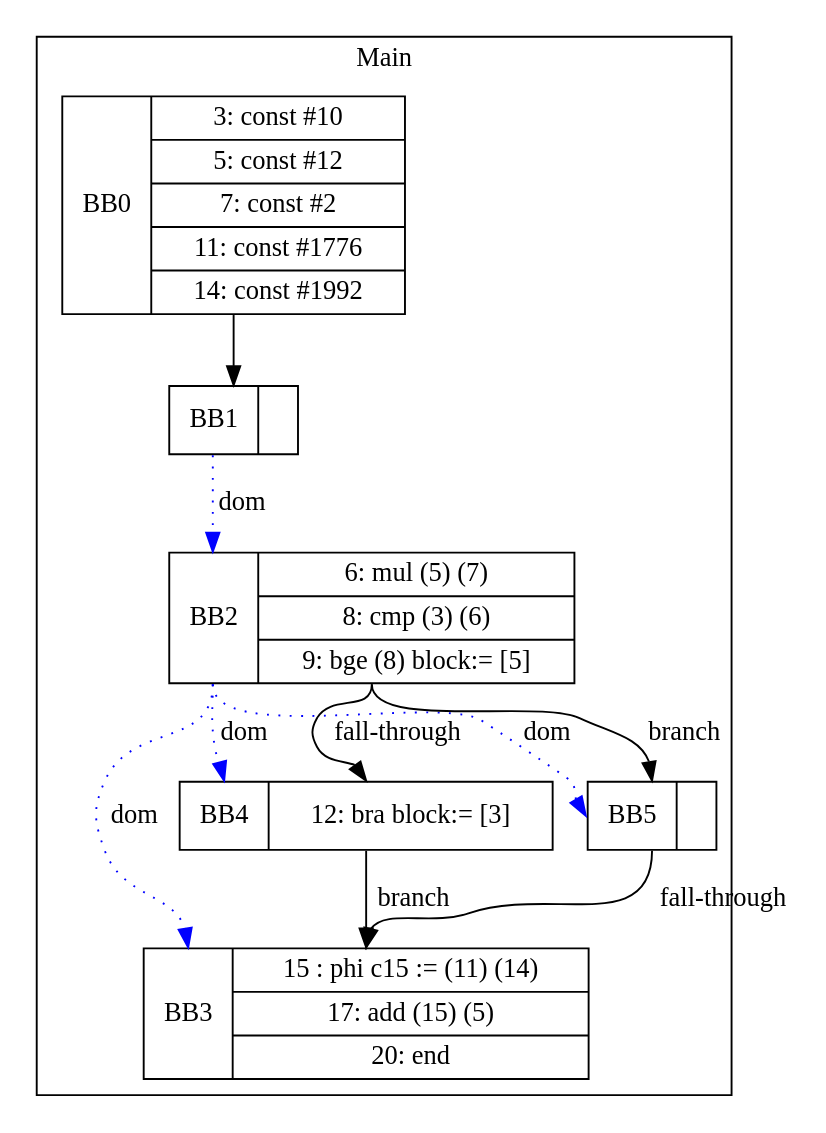
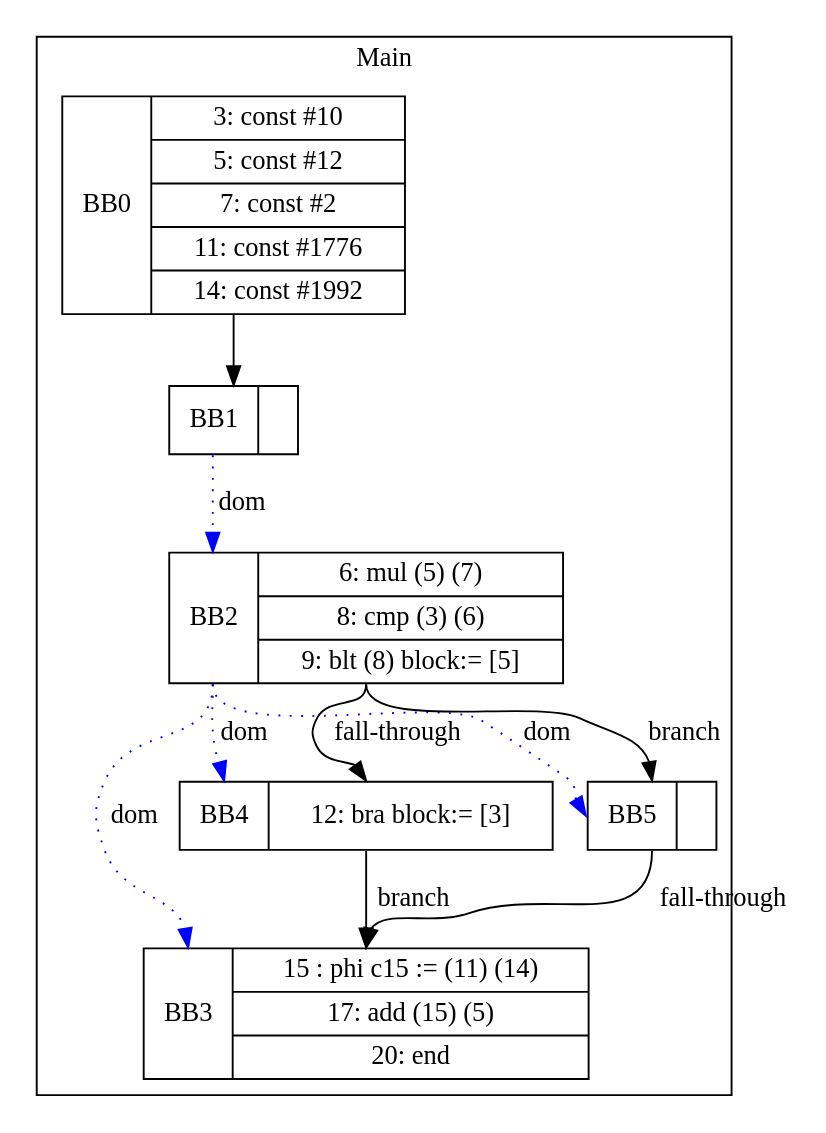
Before and after one commit to zjc664656505/UCI-CS241-Advanced-Compiler-main: the diagram in visualization/jmcgowa/If_Else.gv, drawn with Graphviz. The commit also changed 46 other files, not shown here.

```diff
--- a/visualization/jmcgowa/If_Else.gv
+++ b/visualization/jmcgowa/If_Else.gv
@@ -1,21 +1,21 @@
 digraph G {
 node [shape=record];
 subgraph cluster_main{
 label = "Main";
 BB0 [shape=record, label="<b>BB0|{3: const #10|5: const #12|7: const #2|11: const #1776|14: const #1992}"];
 BB1 [shape=record, label="<b>BB1|}"];
-BB2 [shape=record, label="<b>BB2|{6: mul (5) (7)|8: cmp (3) (6)|9: bge (8) block:= [5]}"];
+BB2 [shape=record, label="<b>BB2|{6: mul (5) (7)|8: cmp (3) (6)|9: blt (8) block:= [5]}"];
 BB3 [shape=record, label="<b>BB3|{15 : phi c15 := (11) (14)|17: add (15) (5)|20: end}"];
 BB4 [shape=record, label="<b>BB4|{12: bra block:= [3]}"];
 BB5 [shape=record, label="<b>BB5|}"];
 }
 BB0:s -> BB1:n ;
 BB2:b -> BB3:b [color=blue, style=dotted, label="dom"];
 BB2:b -> BB4:b [color=blue, style=dotted, label="dom"];
 BB1:b -> BB2:b [color=blue, style=dotted, label="dom"];
 BB2:b -> BB5:b [color=blue, style=dotted, label="dom"];
 BB2:s -> BB5:n [label="branch"];
 BB4:s -> BB3:n [label="branch"];
 BB5:s -> BB3:n [label="fall-through"];
 BB2:s -> BB4:n [label="fall-through"];
 }
```
